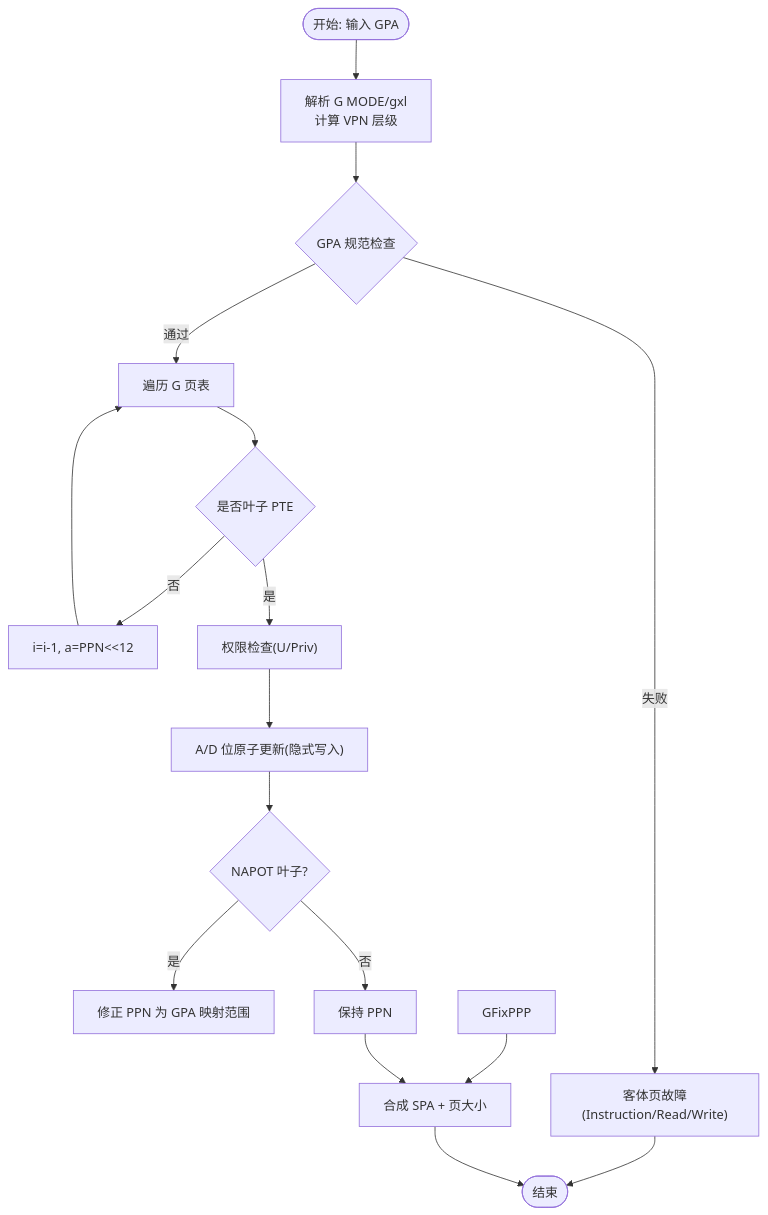
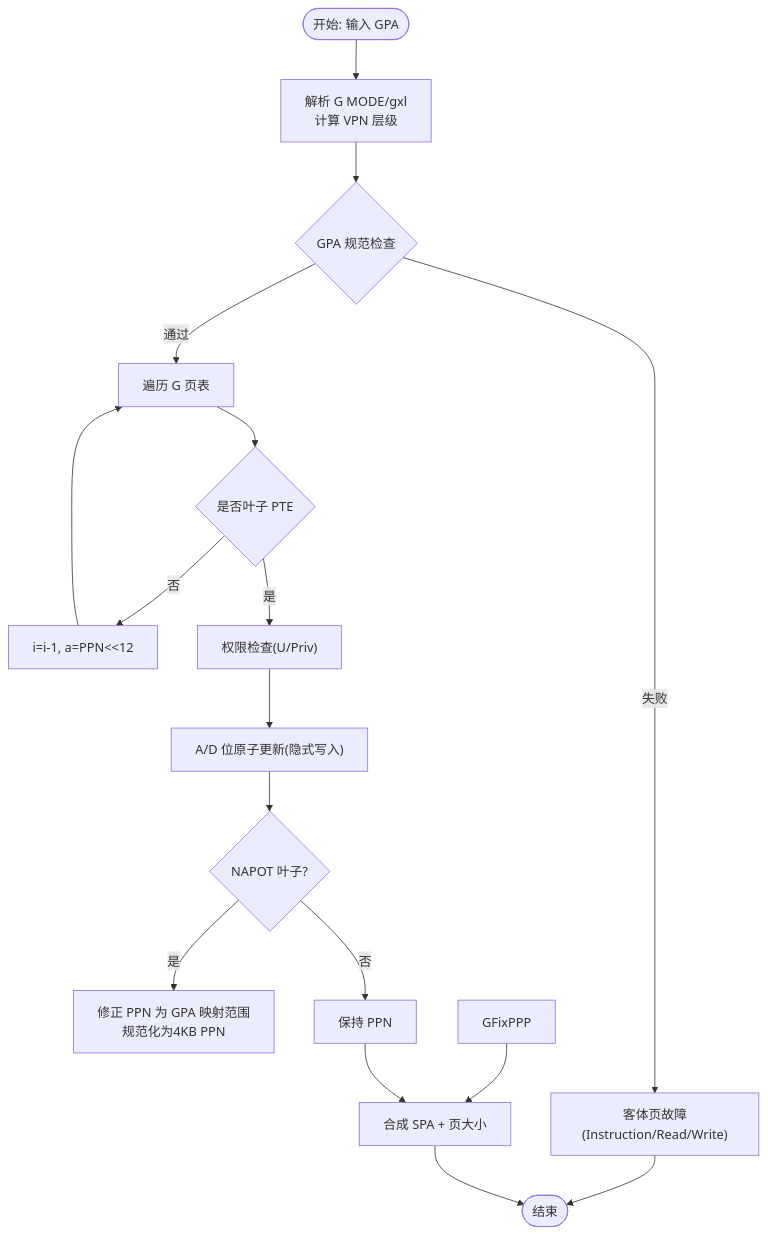
One commit to jiangjiang1122/iommu_model_20260401_v1 changed the fourth of 9 diagrams in .qoder/repowiki/zh/content/IOMMU核心功能/地址转换引擎.md. Above: the diagram before and after it, drawn with Mermaid. The commit also changed other lines of this file and 159 other files, not shown here.

Commit message:
chore: 更新知识库文档 + 新增PTW并发分析图表与数据文件

````diff
--- a/.qoder/repowiki/zh/content/IOMMU核心功能/地址转换引擎.md
+++ b/.qoder/repowiki/zh/content/IOMMU核心功能/地址转换引擎.md
@@ -226,18 +236,18 @@
 ```mermaid
 flowchart TD
 Start2(["开始: 输入 GPA"]) --> GMode["解析 G MODE/gxl<br/>计算 VPN 层级"]
 GMode --> GCanonical{"GPA 规范检查"}
 GCanonical --> |失败| GPF["客体页故障(Instruction/Read/Write)"]
 GCanonical --> |通过| GWalk["遍历 G 页表"]
 GWalk --> GLeaf{"是否叶子 PTE"}
 GLeaf --> |否| GNext["i=i-1, a=PPN<<12"] --> GWalk
 GLeaf --> |是| GPerm["权限检查(U/Priv)"]
 GPerm --> GAD["A/D 位原子更新(隐式写入)"]
 GAD --> GNAPOT{"NAPOT 叶子?"}
-GNAPOT --> |是| GFixPPN["修正 PPN 为 GPA 映射范围"]
+GNAPOT --> |是| GFixPPN["修正 PPN 为 GPA 映射范围<br/>规范化为4KB PPN"]
 GNAPOT --> |否| GKeepPPN["保持 PPN"]
 GFixPPP --> GPA["合成 SPA + 页大小"]
 GKeepPPN --> GPA
 GPF --> End2(["结束"])
 GPA --> End2
 ```
````
